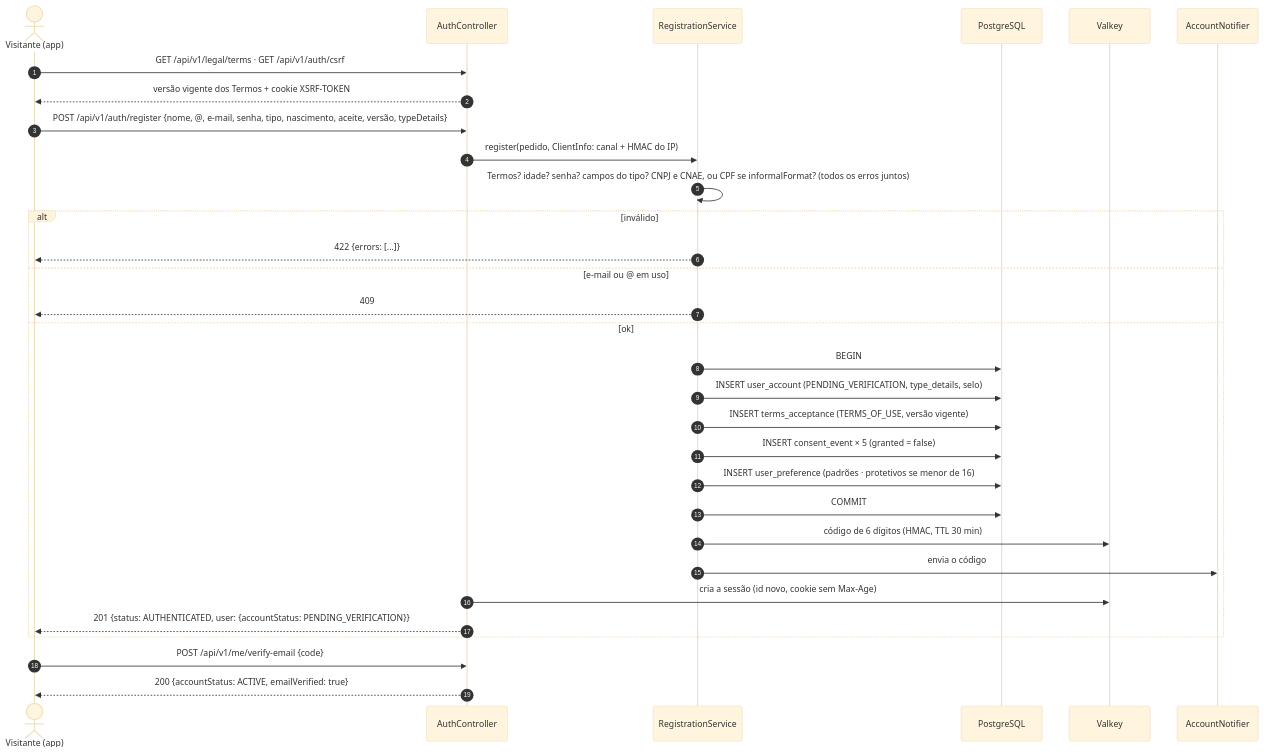
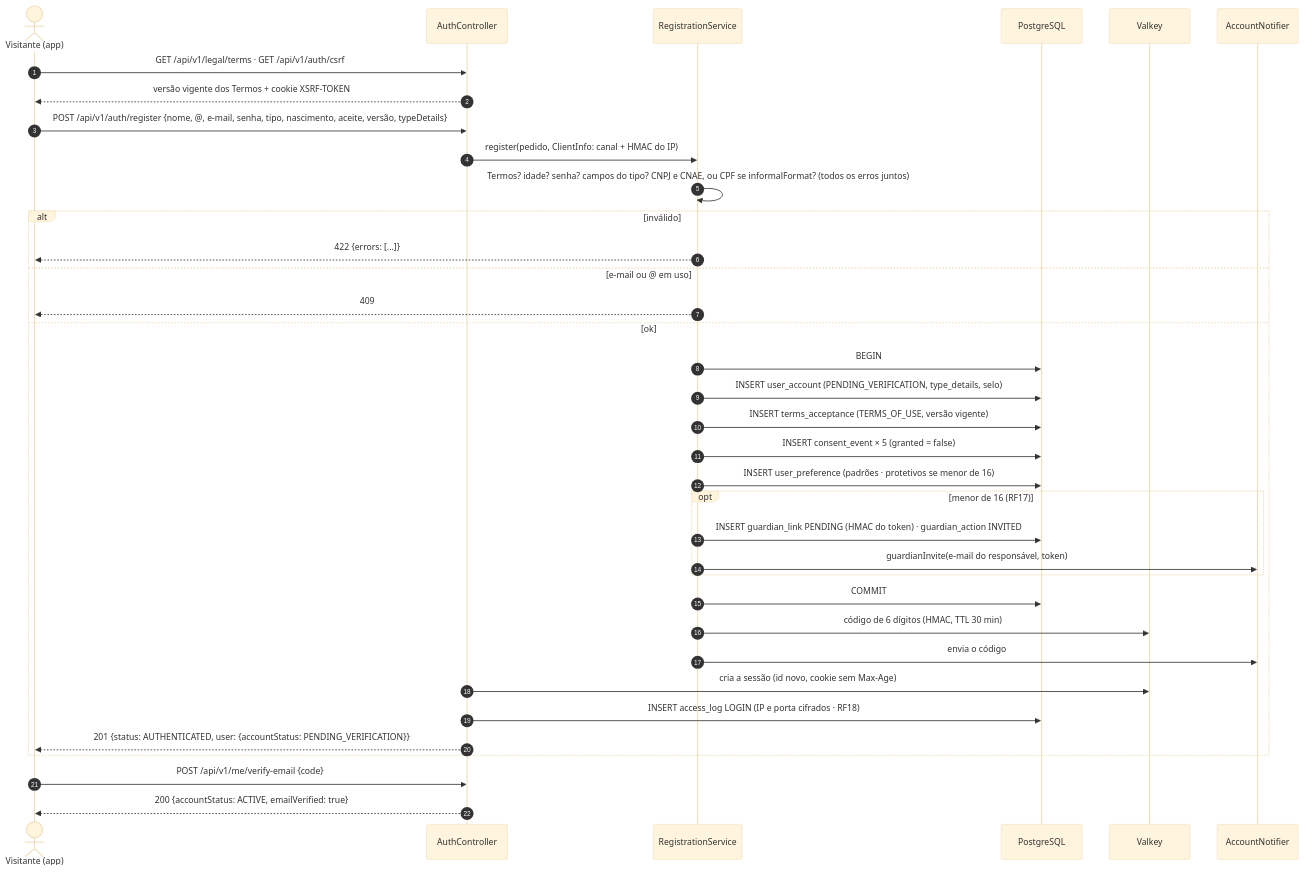
One commit to MatheusHaliski/Friendly-Eats changed the diagram in docs/RF1/sequencia.md. Above: the diagram before and after it, drawn with Mermaid (base theme). The commit also changed 71 other files, not shown here.

````diff
--- a/docs/RF1/sequencia.md
+++ b/docs/RF1/sequencia.md
@@ -3,34 +3,39 @@
 ```mermaid
 sequenceDiagram
     autonumber
     actor V as Visitante (app)
     participant API as AuthController
     participant R as RegistrationService
     participant DB as PostgreSQL
     participant VK as Valkey
     participant N as AccountNotifier
 
     V->>API: GET /api/v1/legal/terms · GET /api/v1/auth/csrf
     API-->>V: versão vigente dos Termos + cookie XSRF-TOKEN
     V->>API: POST /api/v1/auth/register {nome, @, e-mail, senha, tipo, nascimento, aceite, versão, typeDetails}
     API->>R: register(pedido, ClientInfo: canal + HMAC do IP)
     R->>R: Termos? idade? senha? campos do tipo? CNPJ e CNAE, ou CPF se informalFormat? (todos os erros juntos)
     alt inválido
         R-->>V: 422 {errors: [...]}
     else e-mail ou @ em uso
         R-->>V: 409
     else ok
         R->>DB: BEGIN
         R->>DB: INSERT user_account (PENDING_VERIFICATION, type_details, selo)
         R->>DB: INSERT terms_acceptance (TERMS_OF_USE, versão vigente)
         R->>DB: INSERT consent_event × 5 (granted = false)
         R->>DB: INSERT user_preference (padrões · protetivos se menor de 16)
+        opt menor de 16 (RF17)
+            R->>DB: INSERT guardian_link PENDING (HMAC do token) · guardian_action INVITED
+            R->>N: guardianInvite(e-mail do responsável, token)
+        end
         R->>DB: COMMIT
         R->>VK: código de 6 dígitos (HMAC, TTL 30 min)
         R->>N: envia o código
         API->>VK: cria a sessão (id novo, cookie sem Max-Age)
+        API->>DB: INSERT access_log LOGIN (IP e porta cifrados · RF18)
         API-->>V: 201 {status: AUTHENTICATED, user: {accountStatus: PENDING_VERIFICATION}}
     end
     V->>API: POST /api/v1/me/verify-email {code}
     API-->>V: 200 {accountStatus: ACTIVE, emailVerified: true}
 ```
````
